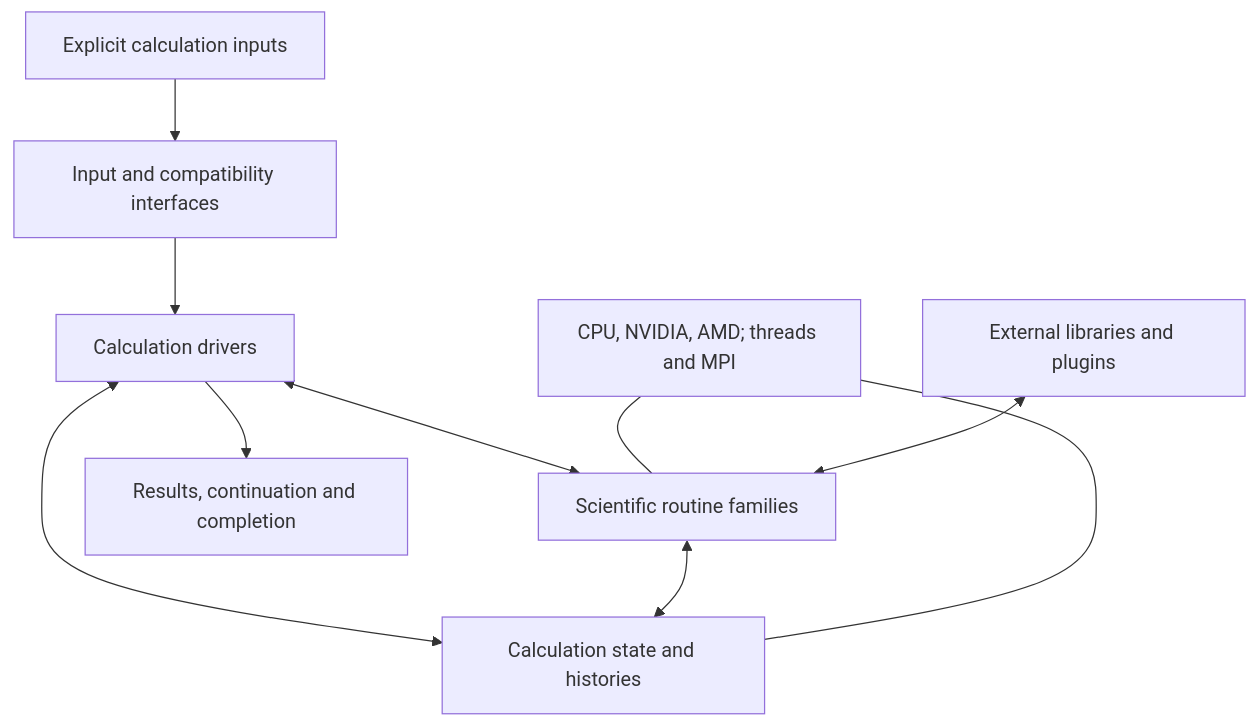
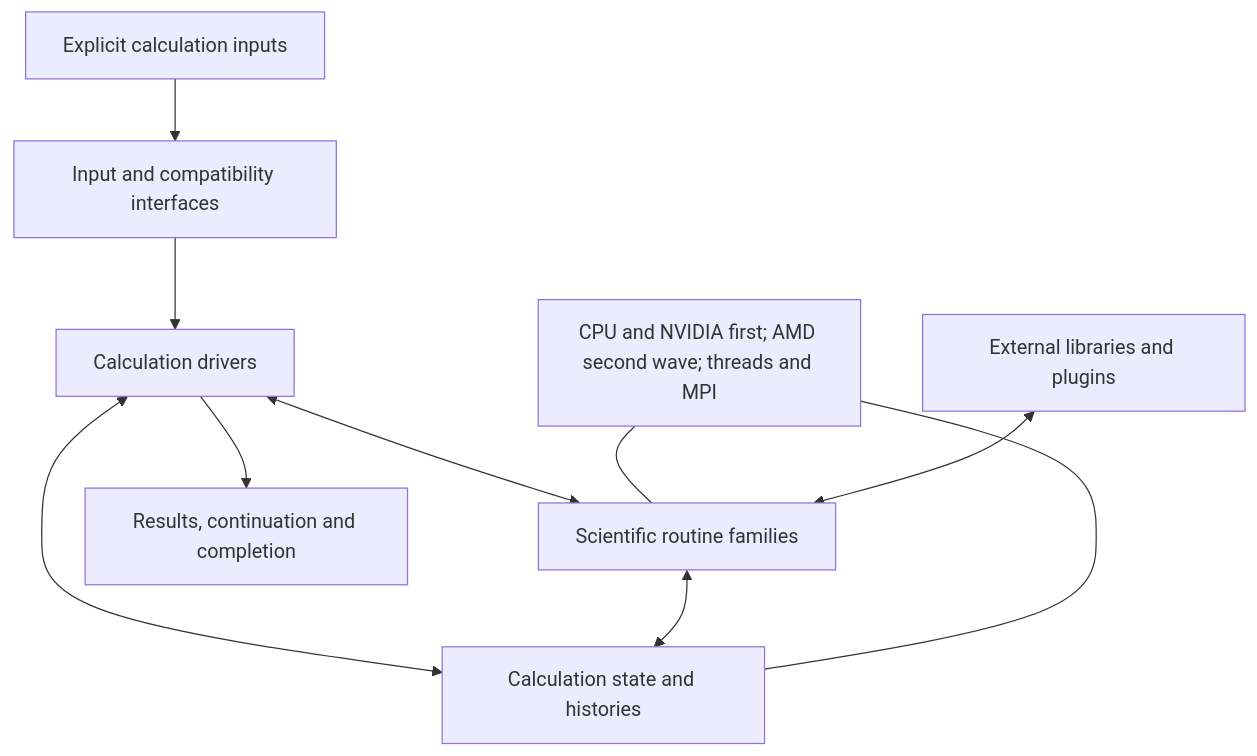
Before and after one commit to pbeam255/exvasperated: the diagram in docs/research/core-program-outline.md, drawn with Mermaid. The commit also changed other lines of this file and 5 other files, not shown here.

Commit message:
Move AMD to second wave and scope cuda-oxide evaluation

````diff
--- a/docs/research/core-program-outline.md
+++ b/docs/research/core-program-outline.md
@@ -27,12 +28,12 @@
 ```mermaid
 flowchart TD
     A[Explicit calculation inputs] --> B[Input and compatibility interfaces]
     B --> C[Calculation drivers]
     C <--> D[Scientific routine families]
     C <--> E[Calculation state and histories]
     D <--> E
     C --> F[Results, continuation and completion]
-    G[CPU, NVIDIA, AMD; threads and MPI] --- D
+    G[CPU and NVIDIA first; AMD second wave; threads and MPI] --- D
     G --- E
     H[External libraries and plugins] <--> D
 ```
````
